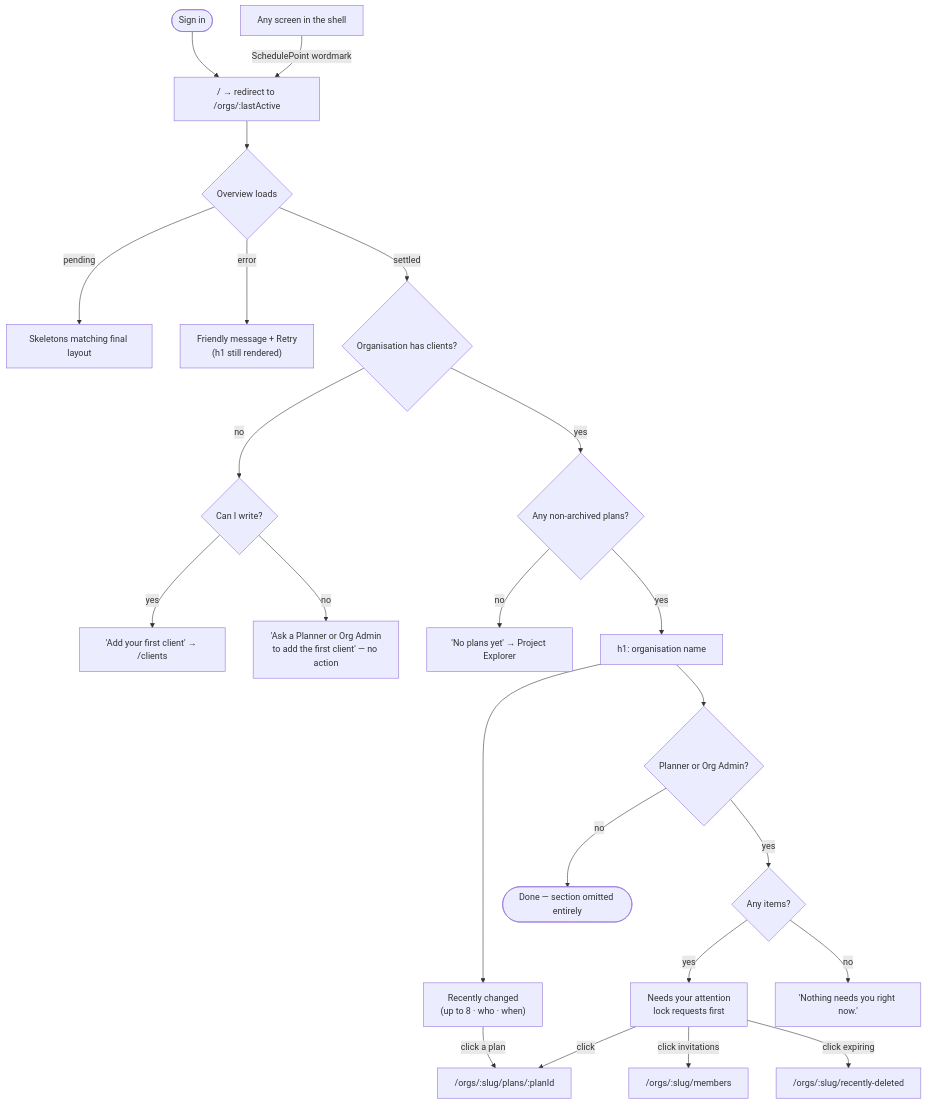
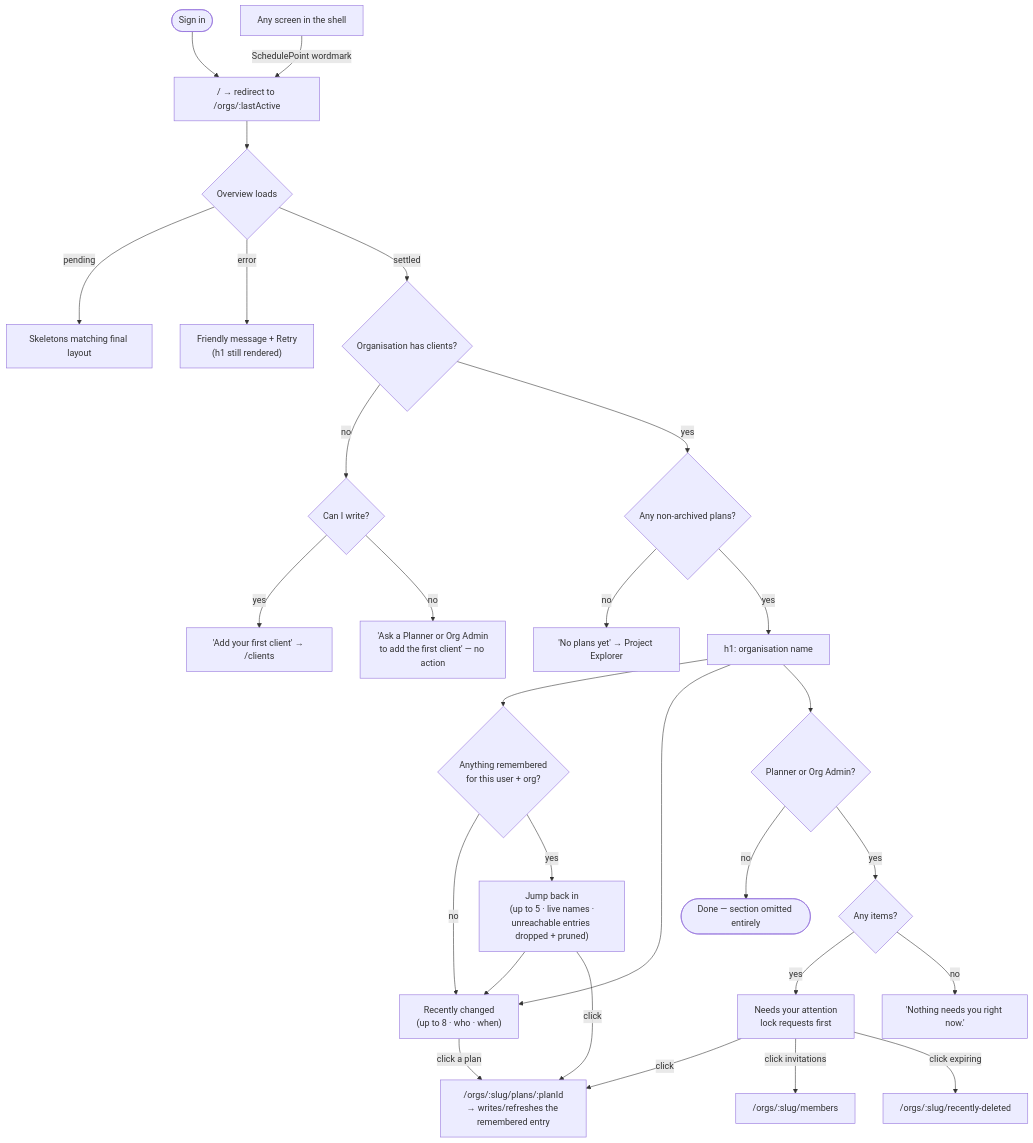
Before and after one commit to HuttonHomeHub/SchedulePoint_1: the third of 3 diagrams in docs/specs/organisation-landing/feature-spec.md, drawn with Mermaid. The commit also changed other lines of this file and 1 other file, not shown here.

````diff
--- a/docs/specs/organisation-landing/feature-spec.md
+++ b/docs/specs/organisation-landing/feature-spec.md
@@ -523,30 +630,35 @@
 ```mermaid
 flowchart TD
   Start([Sign in]) --> Home["/ → redirect to /orgs/:lastActive"]
   Home --> Load{Overview loads}
   Load -->|pending| Skel[Skeletons matching final layout]
   Load -->|error| Err["Friendly message + Retry<br/>(h1 still rendered)"]
   Load -->|settled| New{Organisation has clients?}
 
   New -->|no| Empty{Can I write?}
   Empty -->|yes| E1["'Add your first client' → /clients"]
   Empty -->|no| E2["'Ask a Planner or Org Admin<br/>to add the first client' — no action"]
 
   New -->|yes| Plans{Any non-archived plans?}
   Plans -->|no| P0["'No plans yet' → Project Explorer"]
   Plans -->|yes| Body
 
-  Body["h1: organisation name"] --> RC["Recently changed<br/>(up to 8 · who · when)"]
+  Body["h1: organisation name"] --> JBI{Anything remembered<br/>for this user + org?}
+  JBI -->|no| RC
+  JBI -->|yes| JBI1["Jump back in<br/>(up to 5 · live names ·<br/>unreachable entries dropped + pruned)"]
+  JBI1 --> RC
+  Body --> RC["Recently changed<br/>(up to 8 · who · when)"]
   Body --> Att{Planner or Org Admin?}
   Att -->|no| Done([Done — section omitted entirely])
   Att -->|yes| NA{Any items?}
   NA -->|yes| NA1["Needs your attention<br/>lock requests first"]
   NA -->|no| NA0["'Nothing needs you right now.'"]
 
-  RC -->|click a plan| Plan["/orgs/:slug/plans/:planId"]
+  RC -->|click a plan| Plan["/orgs/:slug/plans/:planId<br/>→ writes/refreshes the remembered entry"]
+  JBI1 -->|click| Plan
   NA1 -->|click| Plan
   NA1 -->|click invitations| Members["/orgs/:slug/members"]
   NA1 -->|click expiring| Bin["/orgs/:slug/recently-deleted"]
 
   AnyScreen[Any screen in the shell] -->|SchedulePoint wordmark| Home
 ```
````
